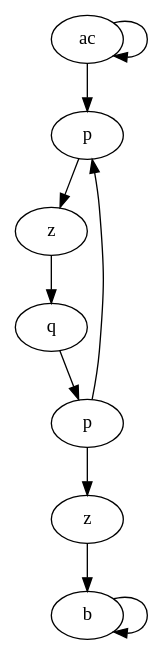
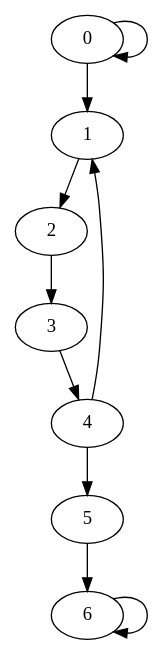
The diagram in examples/test.dot (apirogov/flat-checker), drawn with Graphviz before and after one commit. The commit also changed 8 other files, not shown here.

Commit message:
improved parsing: formulas can have optional parentheses, propositions can be strings, graph annotation is more liberal

```diff
--- a/examples/test.dot
+++ b/examples/test.dot
@@ -1,15 +1,15 @@
 /* e.g. try this formula: ( ( Xa & F(z&XF(z&XFz)) ) & XX((q|(pUz))UGb) ) */
 digraph G {
-  0 [label="ac"];
-  1 [label="p"];
-  2 [label="z"];
-  3 [label="q"];
-  4 [label="p"];
-  5 [label="z"];
-  6 [label="b"];
+  0 [props="{a,c}"];
+  1 [props="{p}"];
+  2 [props="{z}"];
+  3 [props="{q}"];
+  4 [props="{p}"];
+  5 [props="{z}"];
+  6 [props="{b}"];
   0 -> 0, 1;
   1 -> 2 -> 3 -> 4;
   4 -> 1, 5;
   5 -> 6;
   6 -> 6;
 }
```
